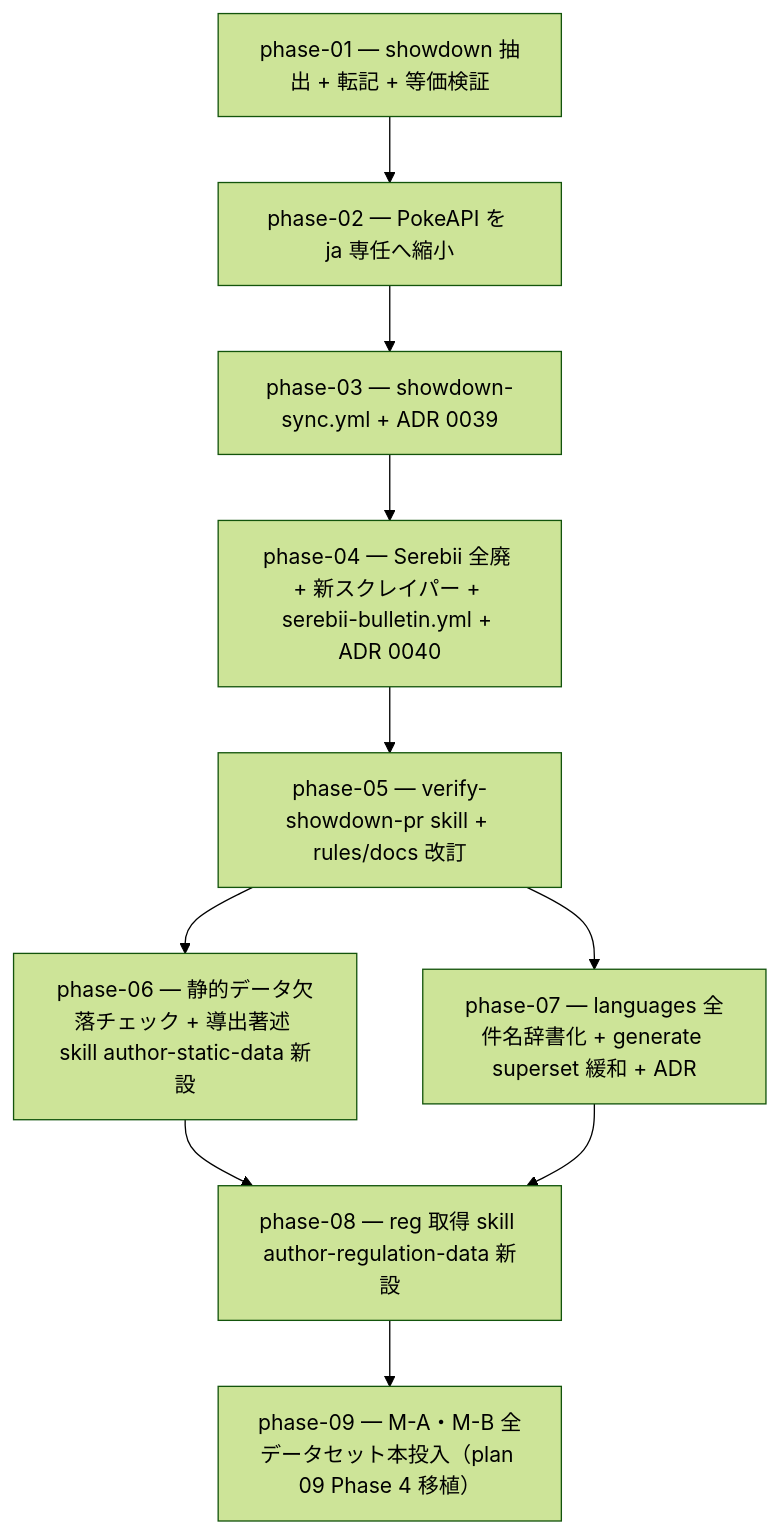
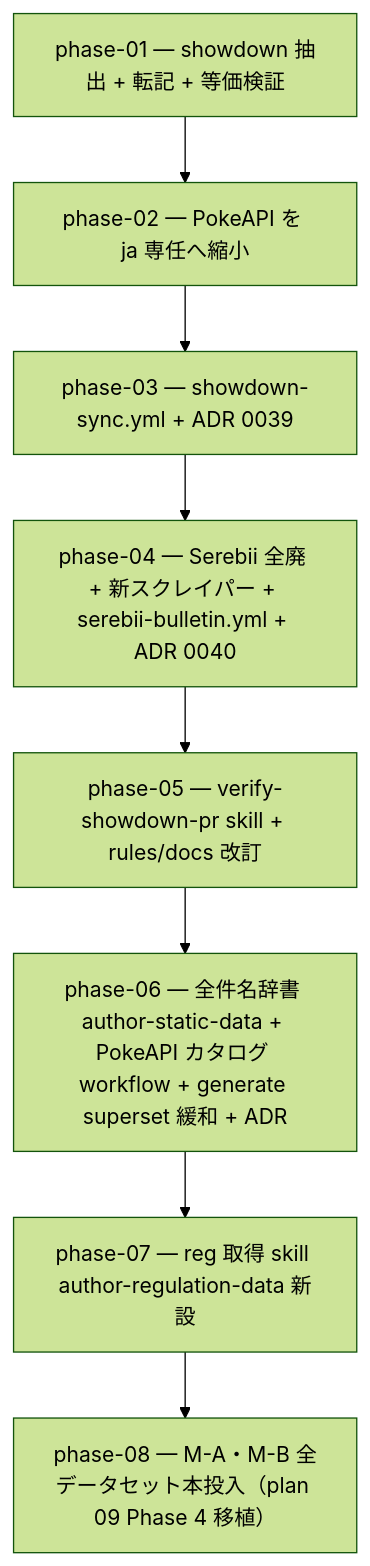
One commit to subroh0508/pokeform changed the diagram in docs/roadmap/10-showdown-first-data/README.md. Above: the diagram before and after it, drawn with Mermaid (forest theme). The commit also changed other lines of this file and 12 other files, not shown here.

First line of the commit message:
docs(roadmap): plan 10 を author-static-data(全件名辞書)/author-regulation-data の 2 skill 構成へ再設計

````diff
--- a/docs/roadmap/10-showdown-first-data/README.md
+++ b/docs/roadmap/10-showdown-first-data/README.md
@@ -9,12 +9,10 @@
 ```mermaid
 flowchart TD
     P1[phase-01 — showdown 抽出 + 転記 + 等価検証] --> P2[phase-02 — PokeAPI を ja 専任へ縮小]
     P2 --> P3[phase-03 — showdown-sync.yml + ADR 0039]
     P3 --> P4[phase-04 — Serebii 全廃 + 新スクレイパー + serebii-bulletin.yml + ADR 0040]
     P4 --> P5[phase-05 — verify-showdown-pr skill + rules/docs 改訂]
-    P5 --> P6[phase-06 — 静的データ欠落チェック + 導出著述 skill author-static-data 新設]
-    P5 --> P7[phase-07 — languages 全件名辞書化 + generate superset 緩和 + ADR]
-    P6 --> P8[phase-08 — reg 取得 skill author-regulation-data 新設]
-    P7 --> P8
-    P8 --> P9[phase-09 — M-A・M-B 全データセット本投入（plan 09 Phase 4 移植）]
+    P5 --> P6[phase-06 — 全件名辞書 author-static-data + PokeAPI カタログ workflow + generate superset 緩和 + ADR]
+    P6 --> P7[phase-07 — reg 取得 skill author-regulation-data 新設]
+    P7 --> P8[phase-08 — M-A・M-B 全データセット本投入（plan 09 Phase 4 移植）]
 ```
````
